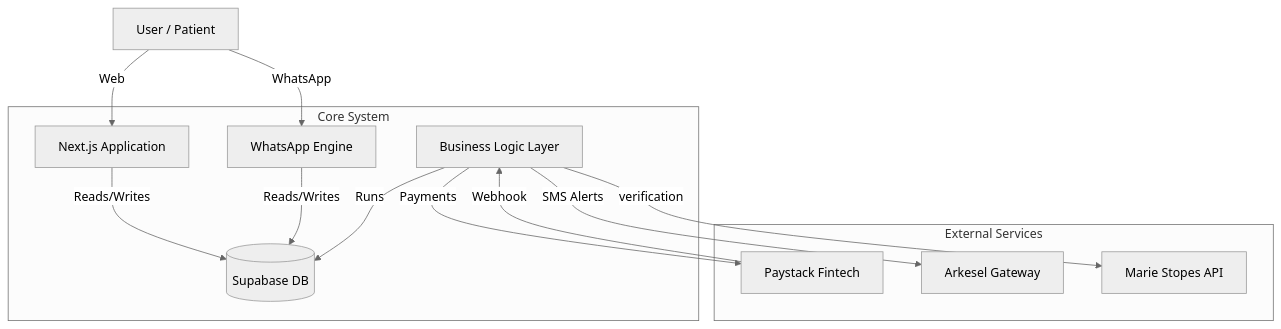
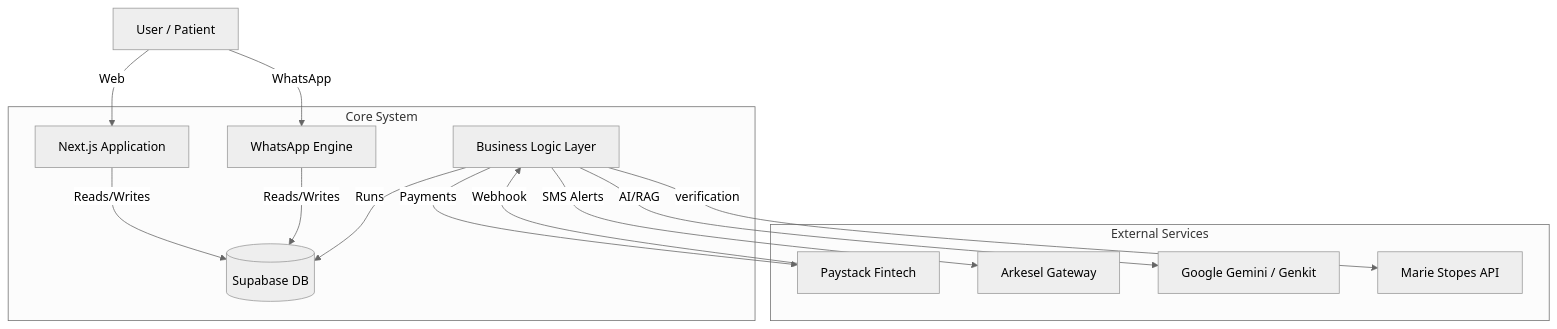
Before and after one commit to naeemAbdul-Aziz/discreetkit: the diagram in docs/investor-reports/02-system-architecture.md, drawn with Mermaid (neutral theme). The commit also changed other lines of this file and 2 other files, not shown here.

````diff
--- a/docs/investor-reports/02-system-architecture.md
+++ b/docs/investor-reports/02-system-architecture.md
@@ -25,19 +25,20 @@
 ```mermaid
 graph TD
     User[User / Patient] -->|Web| App[Next.js Application]
     User -->|WhatsApp| WA[WhatsApp Engine]
     
     subgraph Core System
     App -->|Reads/Writes| DB[(Supabase DB)]
     WA -->|Reads/Writes| DB
     Logic[Business Logic Layer] -->|Runs| DB
     end
     
     subgraph External Services
     Logic -->|Payments| Paystack[Paystack Fintech]
     Logic -->|SMS Alerts| Arkesel[Arkesel Gateway]
+    Logic -->|AI/RAG| Genkit[Google Gemini / Genkit]
     Logic -->|verification| MS[Marie Stopes API]
     end
     
     Paystack -->|Webhook| Logic
 ```
````
